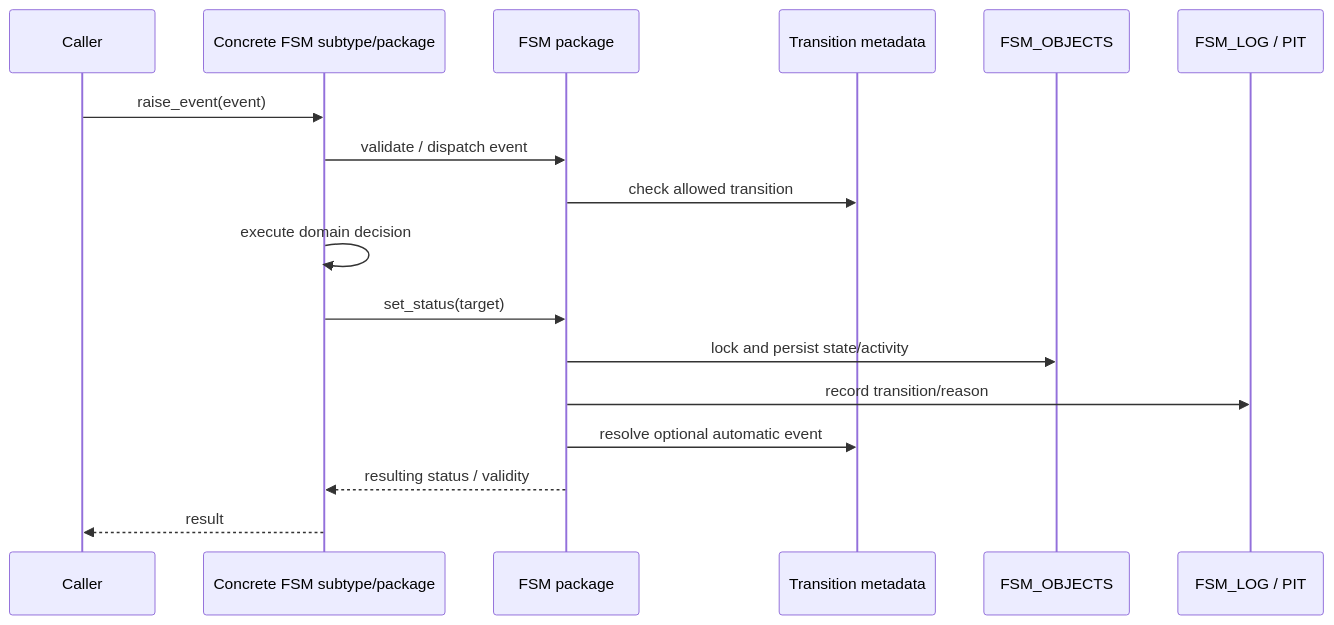
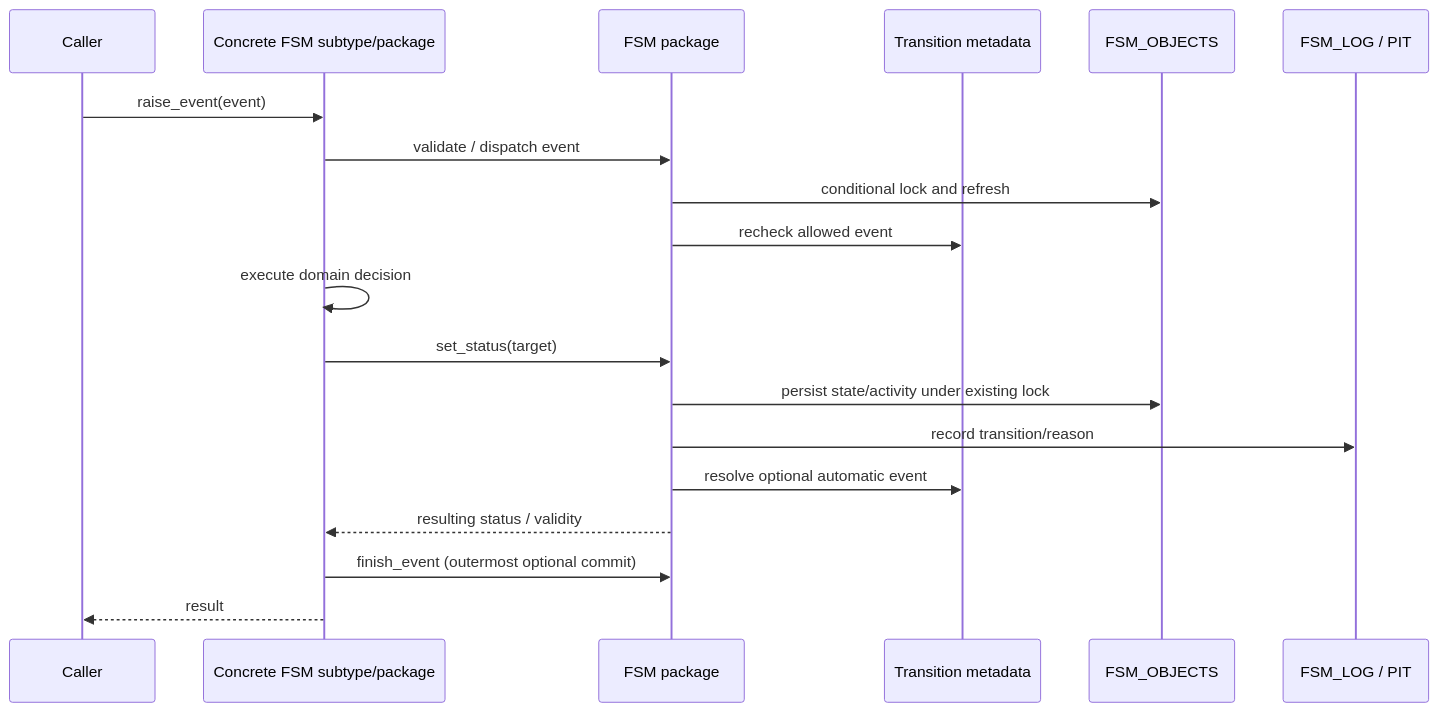
Before and after one commit to j-sieben/FSM: the diagram in .ai/runtime-flow.md, drawn with Mermaid. The commit also changed other lines of this file and 31 other files, not shown here.

````diff
--- a/.ai/runtime-flow.md
+++ b/.ai/runtime-flow.md
@@ -5,20 +5,22 @@
 ```mermaid
 sequenceDiagram
   participant Caller
   participant Concrete as Concrete FSM subtype/package
   participant Core as FSM package
   participant Meta as Transition metadata
   participant Obj as FSM_OBJECTS
   participant Log as FSM_LOG / PIT
 
   Caller->>Concrete: raise_event(event)
   Concrete->>Core: validate / dispatch event
-  Core->>Meta: check allowed transition
+  Core->>Obj: conditional lock and refresh
+  Core->>Meta: recheck allowed event
   Concrete->>Concrete: execute domain decision
   Concrete->>Core: set_status(target)
-  Core->>Obj: lock and persist state/activity
+  Core->>Obj: persist state/activity under existing lock
   Core->>Log: record transition/reason
   Core->>Meta: resolve optional automatic event
   Core-->>Concrete: resulting status / validity
+  Concrete->>Core: finish_event (outermost optional commit)
   Concrete-->>Caller: result
 ```
````
